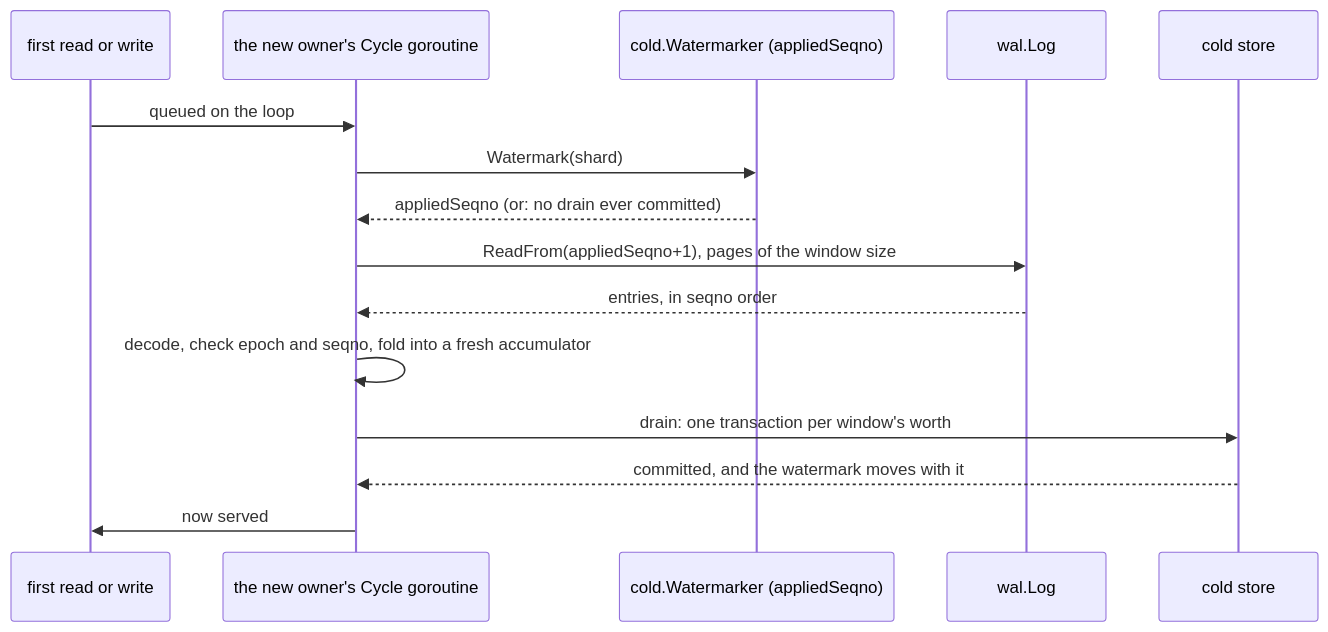
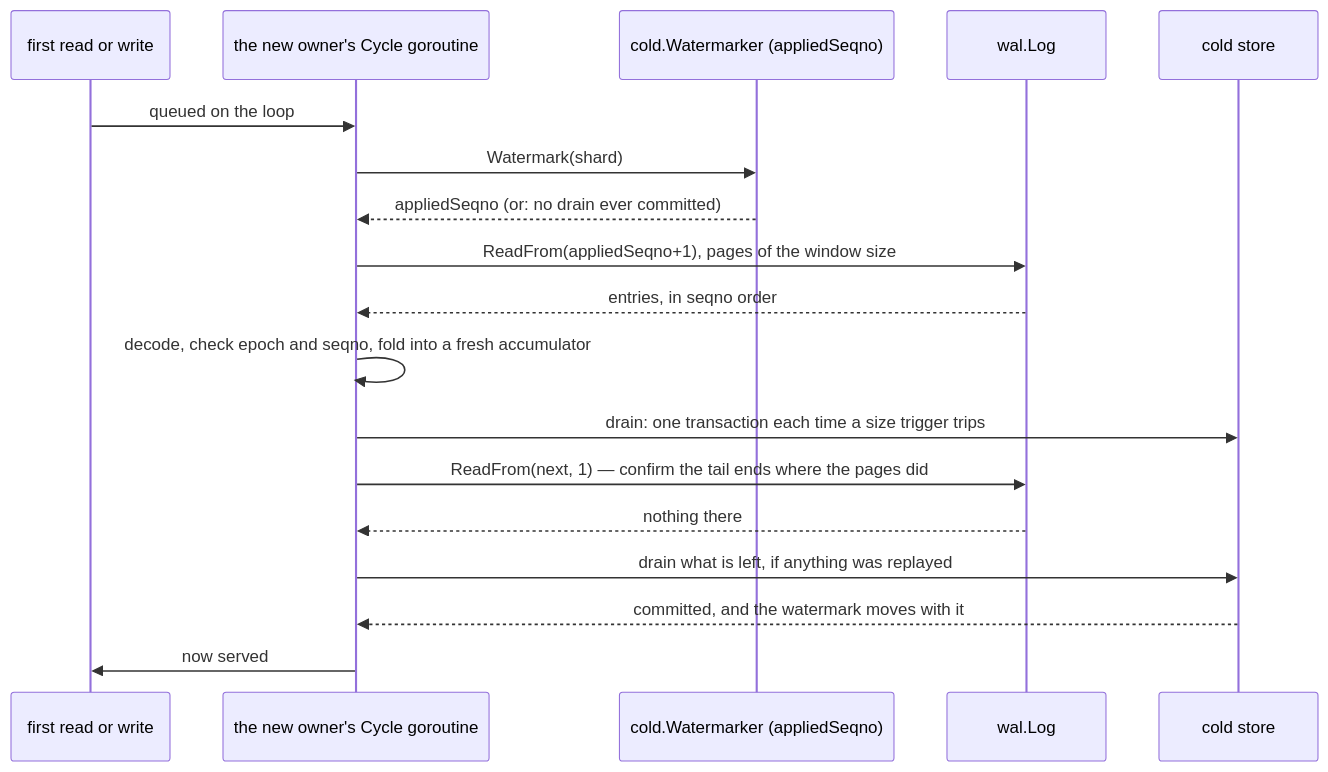
The third of 4 diagrams in docs/handbook/06-shard-lifecycle.md (aromanovich/waltz), drawn with Mermaid before and after one commit. The commit also changed other lines of this file and 187 other files, not shown here.

````diff
--- a/docs/handbook/06-shard-lifecycle.md
+++ b/docs/handbook/06-shard-lifecycle.md
@@ -277,17 +187,20 @@
 ```mermaid
 sequenceDiagram
     participant REQ as first read or write
     participant CY as the new owner's Cycle goroutine
     participant WM as cold.Watermarker (appliedSeqno)
     participant LOG as wal.Log
     participant CS as cold store
     REQ->>CY: queued on the loop
     CY->>WM: Watermark(shard)
     WM-->>CY: appliedSeqno (or: no drain ever committed)
     CY->>LOG: ReadFrom(appliedSeqno+1), pages of the window size
     LOG-->>CY: entries, in seqno order
     CY->>CY: decode, check epoch and seqno, fold into a fresh accumulator
-    CY->>CS: drain: one transaction per window's worth
+    CY->>CS: drain: one transaction each time a size trigger trips
+    CY->>LOG: ReadFrom(next, 1) — confirm the tail ends where the pages did
+    LOG-->>CY: nothing there
+    CY->>CS: drain what is left, if anything was replayed
     CS-->>CY: committed, and the watermark moves with it
     CY->>REQ: now served
 ```
````
